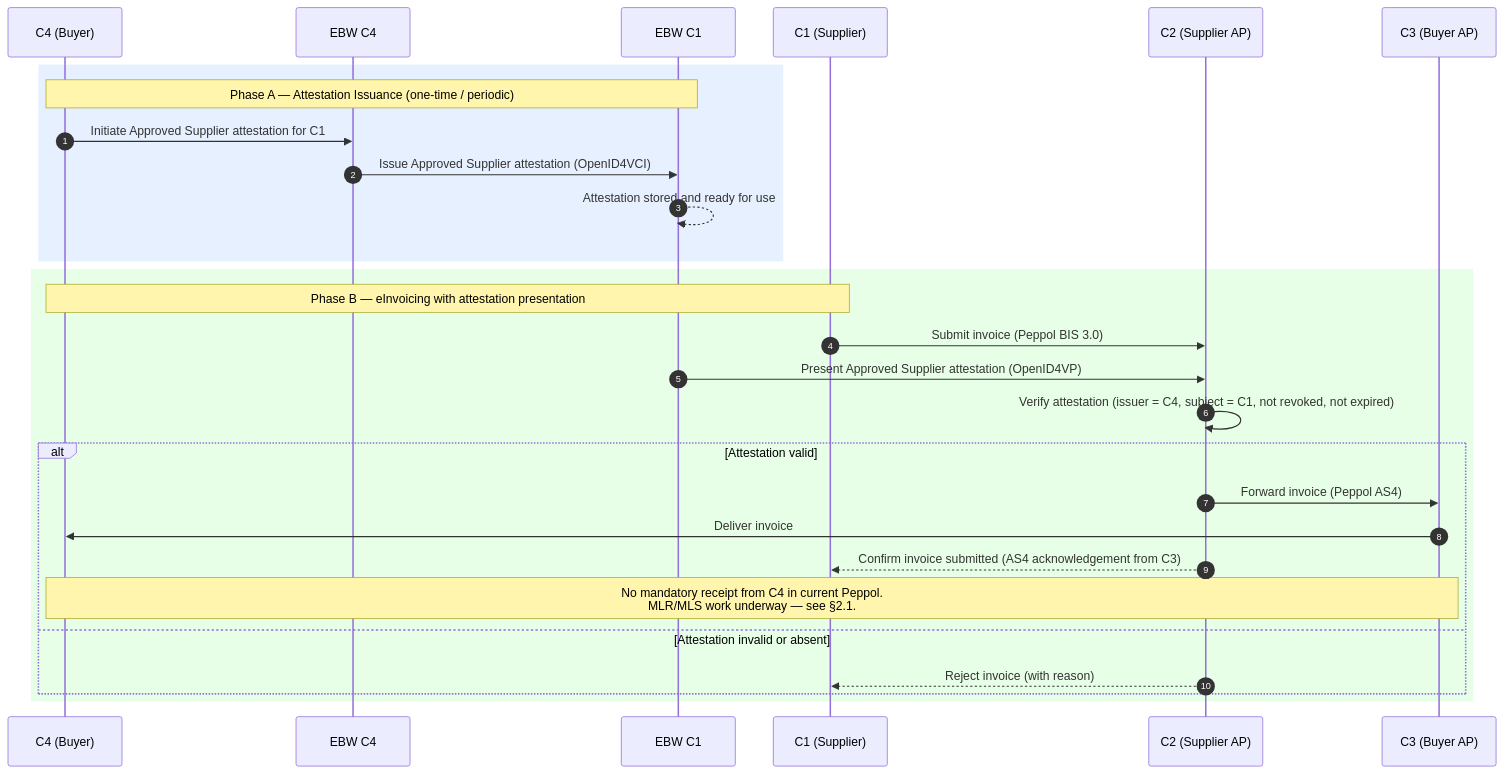
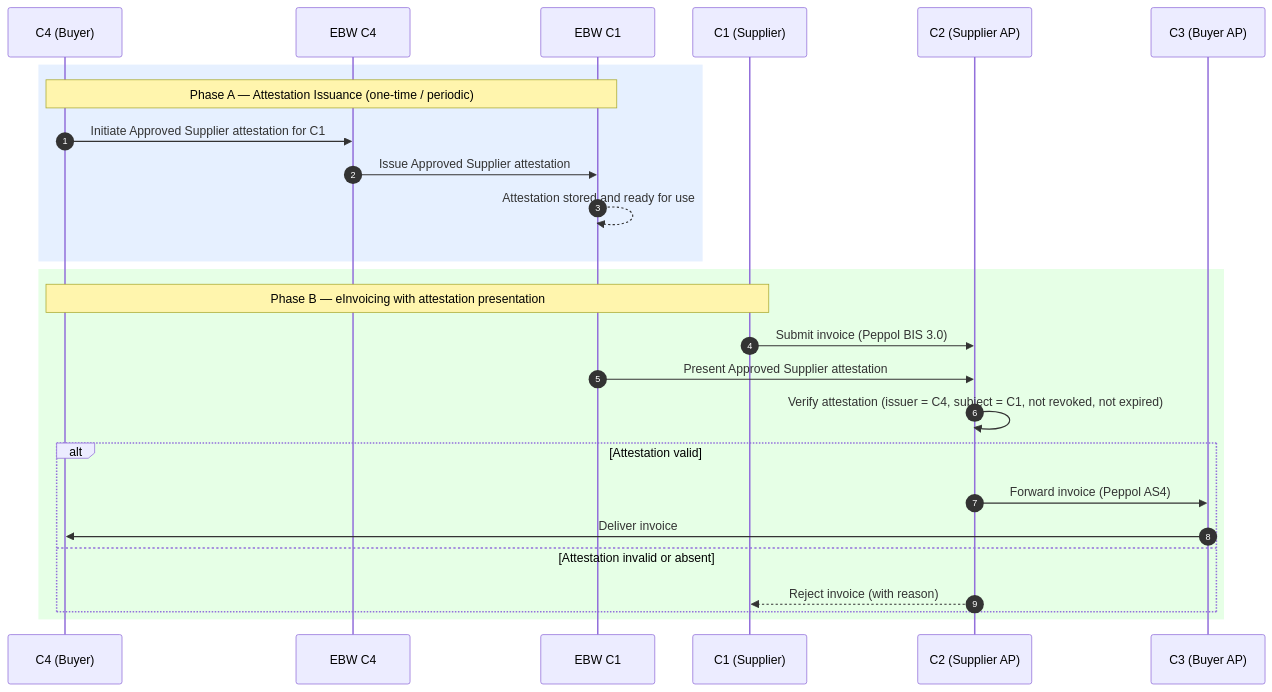
Before and after one commit to webuild-consortium/SC5: the second of 5 diagrams in Scenario/Description.md, drawn with Mermaid. The commit also changed other lines of this file, not shown here.

````diff
--- a/Scenario/Description.md
+++ b/Scenario/Description.md
@@ -182,32 +197,30 @@
 ```mermaid
 sequenceDiagram
     autonumber
     participant C4 as C4 (Buyer)
     participant EBW_C4 as EBW C4
     participant EBW_C1 as EBW C1
     participant C1 as C1 (Supplier)
     participant C2 as C2 (Supplier AP)
     participant C3 as C3 (Buyer AP)
 
     rect rgb(230, 240, 255)
         Note over C4, EBW_C1: Phase A — Attestation Issuance (one-time / periodic)
         C4 ->> EBW_C4: Initiate Approved Supplier attestation for C1
-        EBW_C4 ->> EBW_C1: Issue Approved Supplier attestation (OpenID4VCI)
+        EBW_C4 ->> EBW_C1: Issue Approved Supplier attestation
         EBW_C1 -->> EBW_C1: Attestation stored and ready for use
     end
 
     rect rgb(230, 255, 230)
         Note over C1, C4: Phase B — eInvoicing with attestation presentation
         C1 ->> C2: Submit invoice (Peppol BIS 3.0)
-        EBW_C1 ->> C2: Present Approved Supplier attestation (OpenID4VP)
+        EBW_C1 ->> C2: Present Approved Supplier attestation
         C2 ->> C2: Verify attestation (issuer = C4, subject = C1, not revoked, not expired)
         alt Attestation valid
             C2 ->> C3: Forward invoice (Peppol AS4)
             C3 ->> C4: Deliver invoice
-            C2 -->> C1: Confirm invoice submitted (AS4 acknowledgement from C3)
-            Note over C3, C4: No mandatory receipt from C4 in current Peppol.<br/>MLR/MLS work underway — see §2.1.
         else Attestation invalid or absent
             C2 -->> C1: Reject invoice (with reason)
         end
     end
 ```
````
